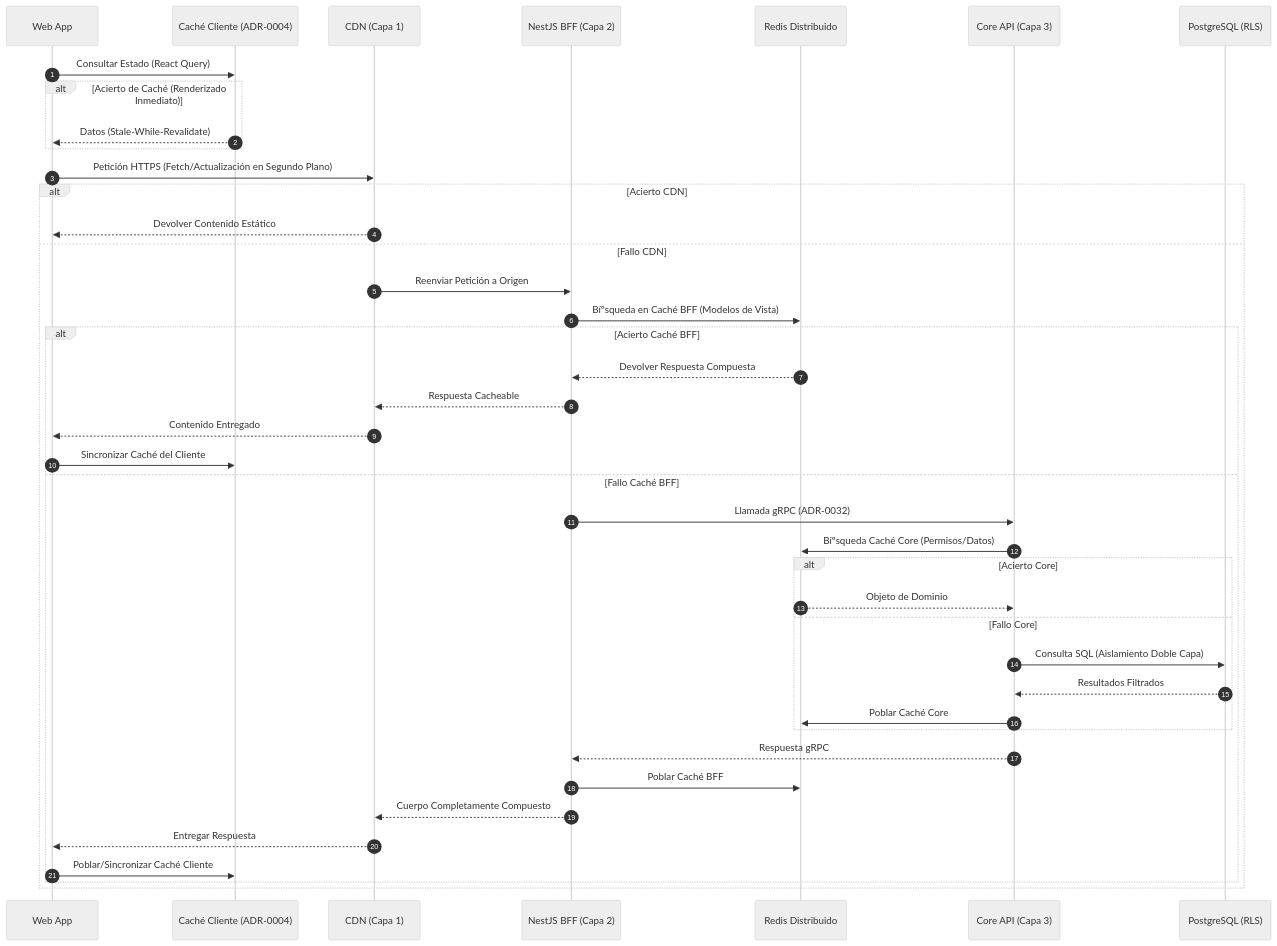
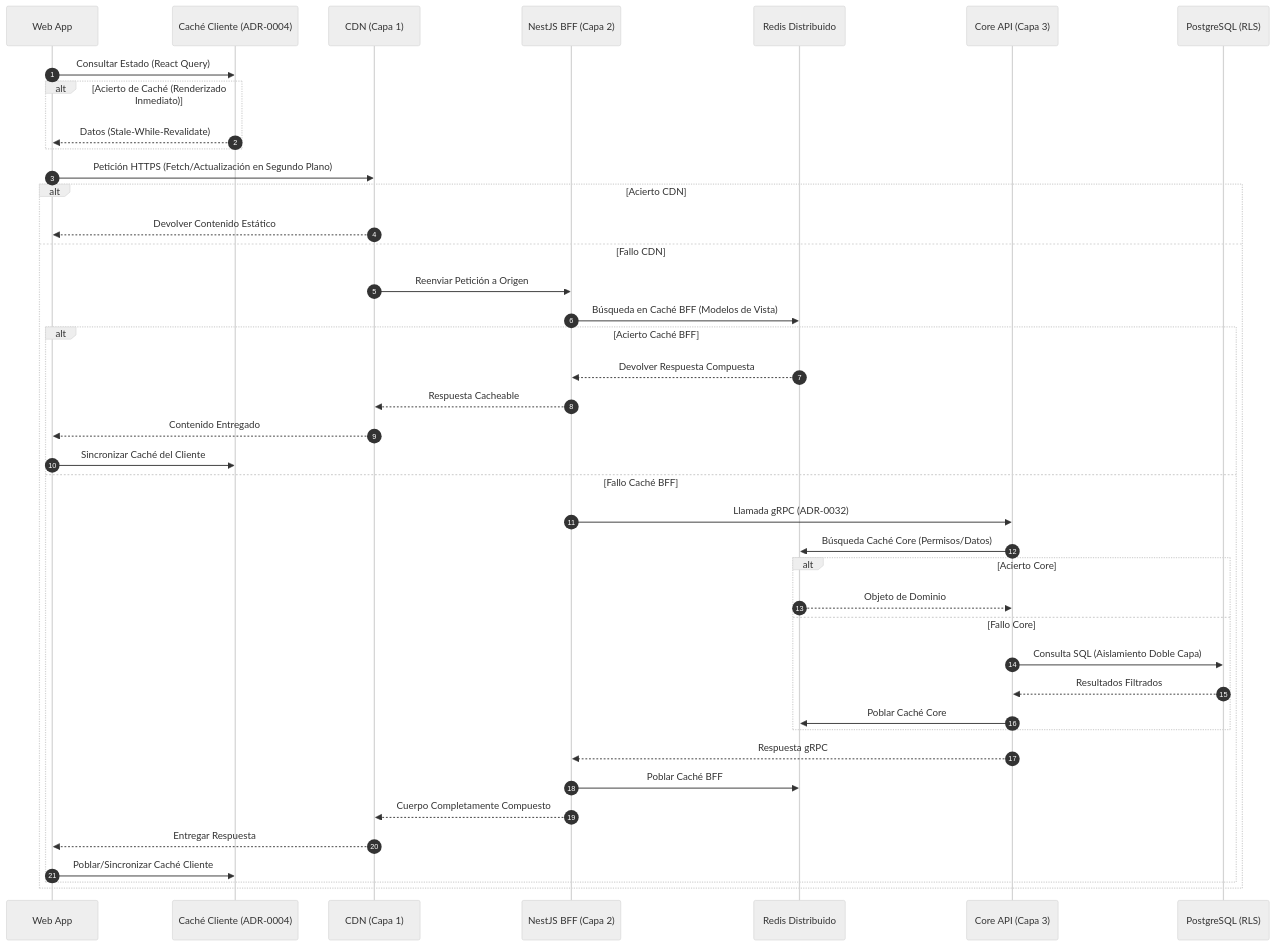
One commit to beyondnetcode/arc32_progresive_monolith changed the third of 6 diagrams in architecture/blueprints-es/reference-blueprint.md. Above: the diagram before and after it, drawn with Mermaid (neutral theme). The commit also changed other lines of this file and 328 other files, not shown here.

Commit message:
chore: update and synchronize governance, architecture, and SDLC documentation across multiple languages

````diff
--- a/architecture/blueprints-es/reference-blueprint.md
+++ b/architecture/blueprints-es/reference-blueprint.md
@@ -257,44 +257,44 @@
 ```mermaid
 sequenceDiagram
-    autonumber
-    participant C as Web App
-    participant CL as Caché Cliente (ADR-0004)
-    participant CDN as CDN (Capa 1)
-    participant B as NestJS BFF (Capa 2)
-    participant R as Redis Distribuido
-    participant A as Core API (Capa 3)
-    participant D as PostgreSQL (RLS)
+ autonumber
+ participant C as Web App
+ participant CL as Caché Cliente (ADR-0004)
+ participant CDN as CDN (Capa 1)
+ participant B as NestJS BFF (Capa 2)
+ participant R as Redis Distribuido
+ participant A as Core API (Capa 3)
+ participant D as PostgreSQL (RLS)
 
-    C->>CL: Consultar Estado (React Query)
-    alt Acierto de Caché (Renderizado Inmediato)
-        CL-->>C: Datos (Stale-While-Revalidate)
-    end
-    C->>CDN: Petición HTTPS (Fetch/Actualización en Segundo Plano)
-    alt Acierto CDN
-        CDN-->>C: Devolver Contenido Estático
-    else Fallo CDN
-        CDN->>B: Reenviar Petición a Origen
-        B->>R: Bíºsqueda en Caché BFF (Modelos de Vista)
-        alt Acierto Caché BFF
-            R-->>B: Devolver Respuesta Compuesta
-            B-->>CDN: Respuesta Cacheable
-            CDN-->>C: Contenido Entregado
-            C->>CL: Sincronizar Caché del Cliente
-        else Fallo Caché BFF
-            B->>A: Llamada gRPC (ADR-0032)
-            A->>R: Bíºsqueda Caché Core (Permisos/Datos)
-            alt Acierto Core
-                R-->>A: Objeto de Dominio
-            else Fallo Core
-                A->>D: Consulta SQL (Aislamiento Doble Capa)
-                D-->>A: Resultados Filtrados
-                A->>R: Poblar Caché Core
-            end
-            A-->>B: Respuesta gRPC
-            B->>R: Poblar Caché BFF
-            B-->>CDN: Cuerpo Completamente Compuesto
-            CDN-->>C: Entregar Respuesta
-            C->>CL: Poblar/Sincronizar Caché Cliente
-        end
-    end
+ C->>CL: Consultar Estado (React Query)
+ alt Acierto de Caché (Renderizado Inmediato)
+ CL-->>C: Datos (Stale-While-Revalidate)
+ end
+ C->>CDN: Petición HTTPS (Fetch/Actualización en Segundo Plano)
+ alt Acierto CDN
+ CDN-->>C: Devolver Contenido Estático
+ else Fallo CDN
+ CDN->>B: Reenviar Petición a Origen
+ B->>R: Búsqueda en Caché BFF (Modelos de Vista)
+ alt Acierto Caché BFF
+ R-->>B: Devolver Respuesta Compuesta
+ B-->>CDN: Respuesta Cacheable
+ CDN-->>C: Contenido Entregado
+ C->>CL: Sincronizar Caché del Cliente
+ else Fallo Caché BFF
+ B->>A: Llamada gRPC (ADR-0032)
+ A->>R: Búsqueda Caché Core (Permisos/Datos)
+ alt Acierto Core
+ R-->>A: Objeto de Dominio
+ else Fallo Core
+ A->>D: Consulta SQL (Aislamiento Doble Capa)
+ D-->>A: Resultados Filtrados
+ A->>R: Poblar Caché Core
+ end
+ A-->>B: Respuesta gRPC
+ B->>R: Poblar Caché BFF
+ B-->>CDN: Cuerpo Completamente Compuesto
+ CDN-->>C: Entregar Respuesta
+ C->>CL: Poblar/Sincronizar Caché Cliente
+ end
+ end
 ```
````
